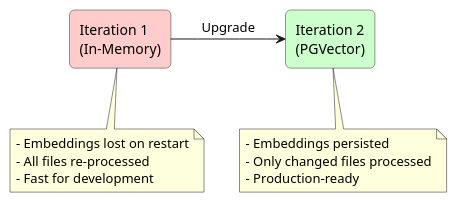
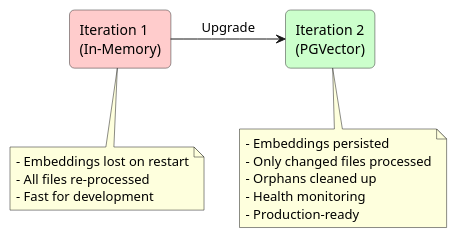
The first of 4 diagrams in docs/iteration-2.md (andresdiegolanda/ai-context-orchestrator), drawn with PlantUML before and after one commit. The commit also changed other lines of this file and 18 other files, not shown here.

````diff
--- a/docs/iteration-2.md
+++ b/docs/iteration-2.md
@@ -17,27 +20,29 @@
 ```plantuml
 @startuml
 skinparam rectangle {
     BackgroundColor #f5f5f5
     BorderColor #333333
     RoundCorner 10
 }
 
 rectangle "Iteration 1\n(In-Memory)" as iter1 #ffcccc
 rectangle "Iteration 2\n(PGVector)" as iter2 #ccffcc
 
 iter1 -right-> iter2 : Upgrade
 
 note bottom of iter1
   - Embeddings lost on restart
   - All files re-processed
   - Fast for development
 end note
 
 note bottom of iter2
   - Embeddings persisted
   - Only changed files processed
+  - Orphans cleaned up
+  - Health monitoring
   - Production-ready
 end note
 
 @enduml
 ```
````
